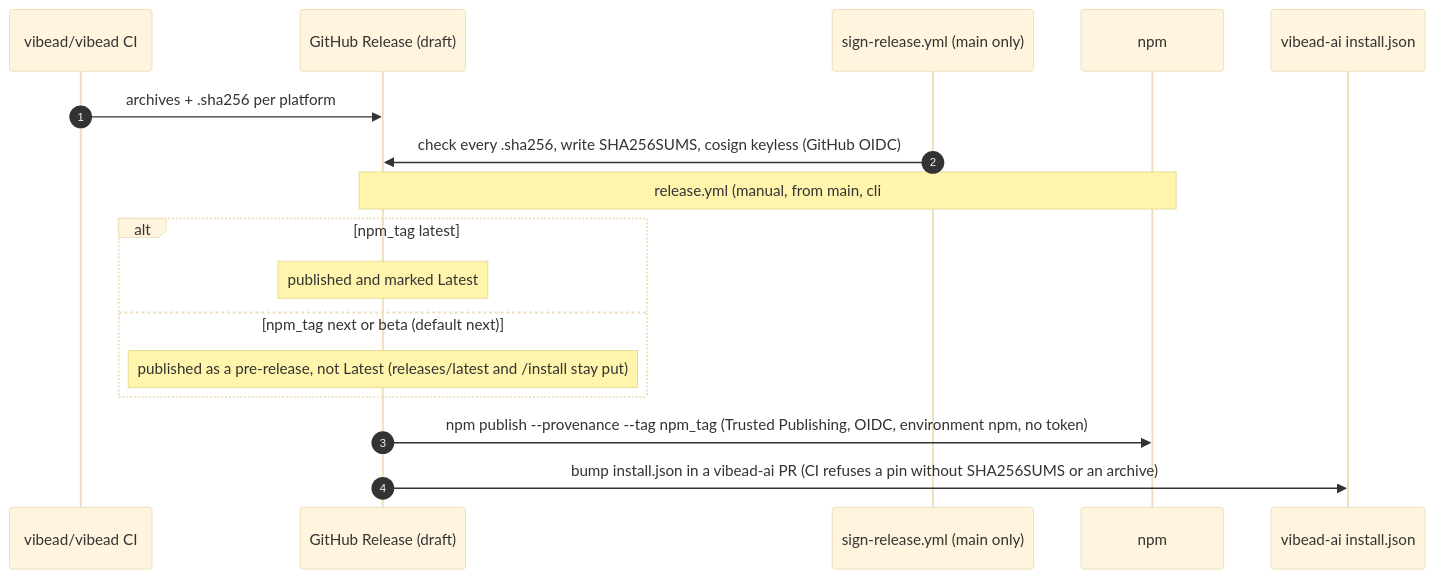
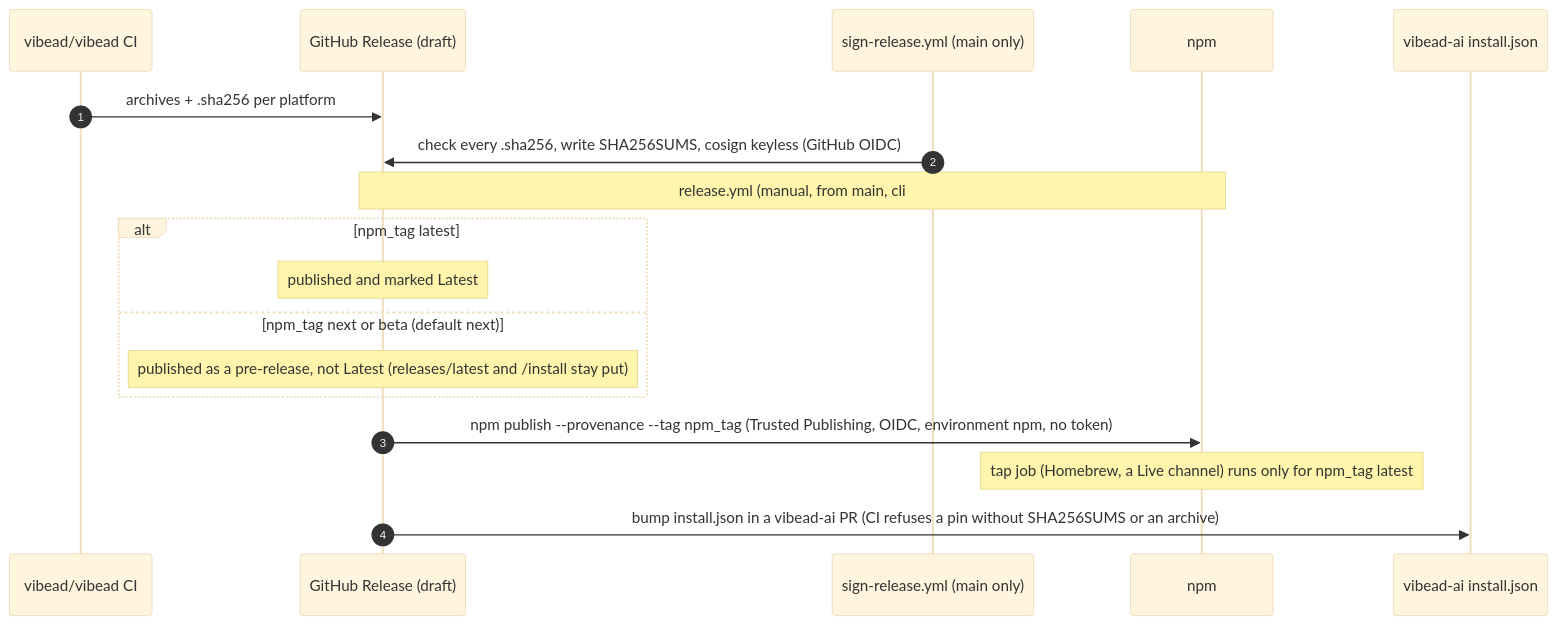
The second of 2 diagrams in docs/system-design/README.md (vibead/cli), drawn with Mermaid (base theme) before and after one commit. The commit also changed other lines of this file and 3 other files, not shown here.

Commit message:
Release: the Homebrew tap job runs only for npm_tag latest; a next run never touches Homebrew

````diff
--- a/docs/system-design/README.md
+++ b/docs/system-design/README.md
@@ -61,19 +61,20 @@
 ```mermaid
 sequenceDiagram
   autonumber
   participant Src as vibead/vibead CI
   participant R as GitHub Release (draft)
   participant S as sign-release.yml (main only)
   participant N as npm
   participant Site as vibead-ai install.json
   Src->>R: archives + .sha256 per platform
   S->>R: check every .sha256, write SHA256SUMS, cosign keyless (GitHub OIDC)
   Note over R,N: release.yml (manual, from main, cli#30): check, sign, then publish-release
   alt npm_tag latest
     Note over R: published and marked Latest
   else npm_tag next or beta (default next)
     Note over R: published as a pre-release, not Latest (releases/latest and /install stay put)
   end
   R->>N: npm publish --provenance --tag npm_tag (Trusted Publishing, OIDC, environment npm, no token)
+  Note over N: tap job (Homebrew, a Live channel) runs only for npm_tag latest
   R->>Site: bump install.json in a vibead-ai PR (CI refuses a pin without SHA256SUMS or an archive)
 ```
````
